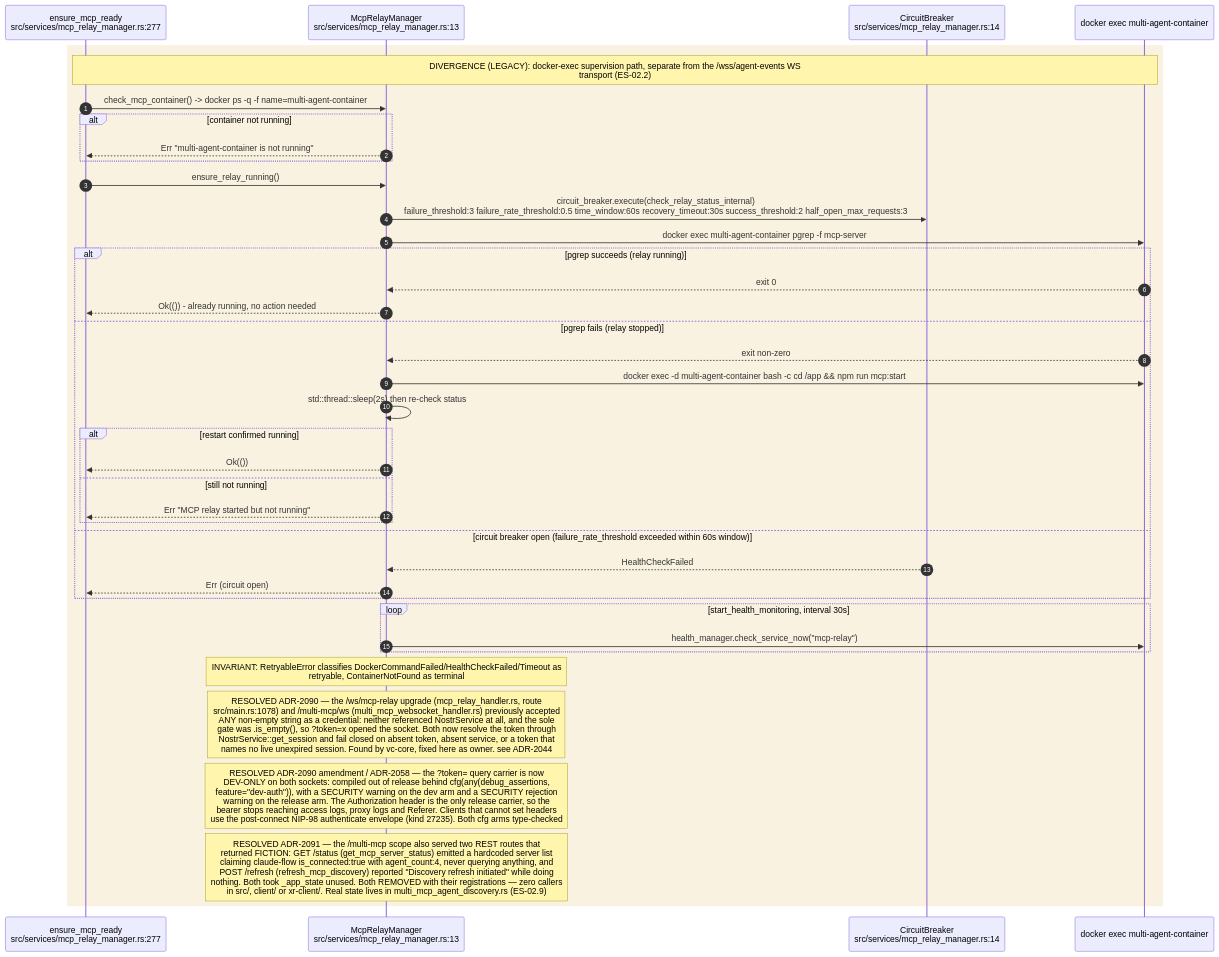
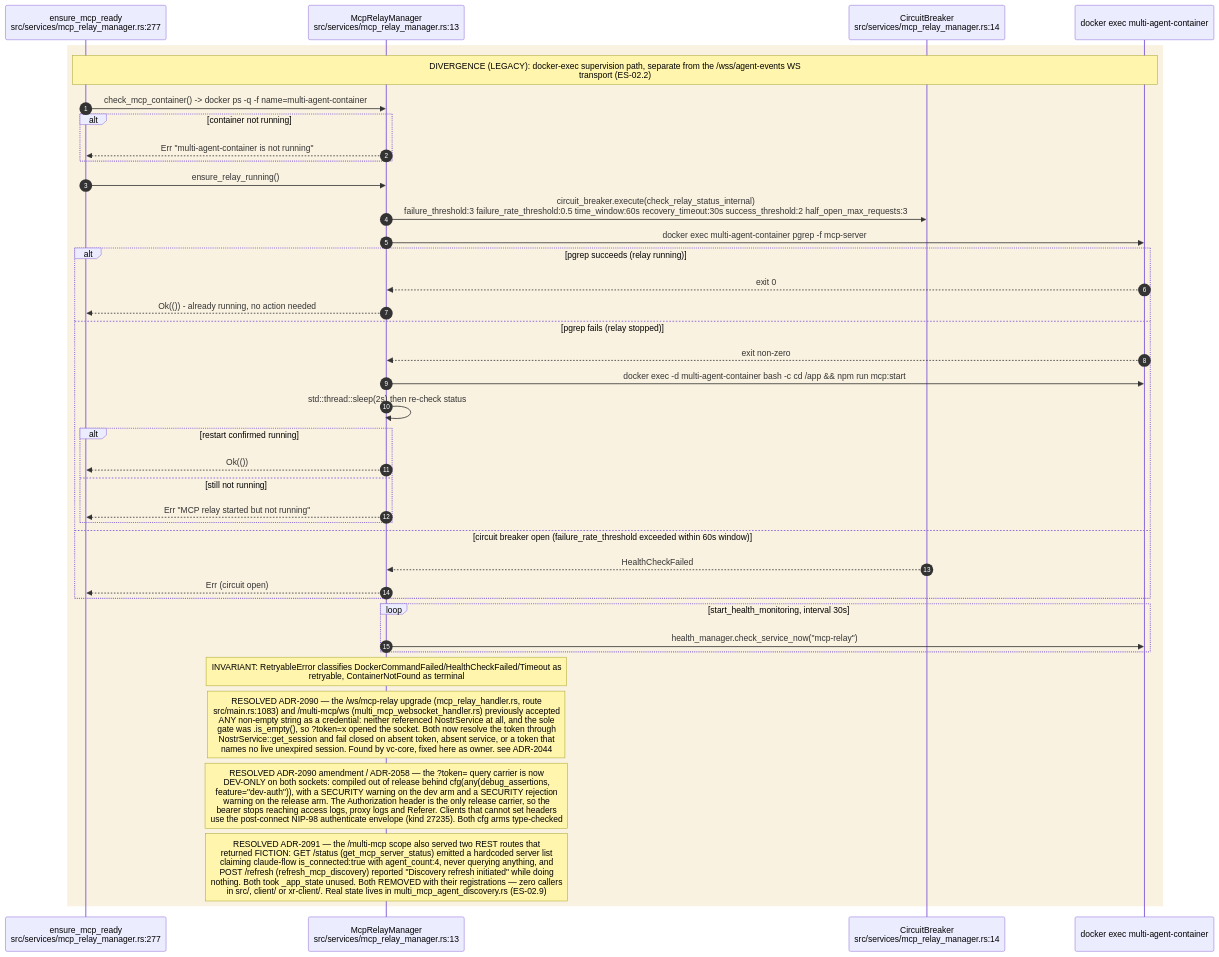
The seventh of 12 diagrams in docs/diagrams/estate/02-agent-events-agentbox-to-visionclaw.md (DreamLab-AI/VisionFlow), drawn with Mermaid before and after one commit. The commit also changed other lines of this file and 136 other files, not shown here.

First line of the commit message:
docs(diagrams): refresh the whole corpus to code HEAD and prune low-value diagrams

````diff
--- a/docs/diagrams/estate/02-agent-events-agentbox-to-visionclaw.md
+++ b/docs/diagrams/estate/02-agent-events-agentbox-to-visionclaw.md
@@ -311,42 +311,42 @@
 ```mermaid
 sequenceDiagram
     autonumber
     participant CALL as ensure_mcp_ready<br/>src/services/mcp_relay_manager.rs:277
     participant MGR as McpRelayManager<br/>src/services/mcp_relay_manager.rs:13
     participant CB as CircuitBreaker<br/>src/services/mcp_relay_manager.rs:14
     participant DOCKER as docker exec multi-agent-container
 
     rect rgb(250,242,225)
     Note over CALL,DOCKER: DIVERGENCE (LEGACY): docker-exec supervision path, separate from the /wss/agent-events WS<br/>transport (ES-02.2)
     CALL->>MGR: check_mcp_container() -> docker ps -q -f name=multi-agent-container
     alt container not running
         MGR-->>CALL: Err "multi-agent-container is not running"
     end
     CALL->>MGR: ensure_relay_running()
     MGR->>CB: circuit_breaker.execute(check_relay_status_internal)<br/>failure_threshold:3 failure_rate_threshold:0.5 time_window:60s recovery_timeout:30s success_threshold:2 half_open_max_requests:3
     MGR->>DOCKER: docker exec multi-agent-container pgrep -f mcp-server
     alt pgrep succeeds (relay running)
         DOCKER-->>MGR: exit 0
         MGR-->>CALL: Ok(()) - already running, no action needed
     else pgrep fails (relay stopped)
         DOCKER-->>MGR: exit non-zero
         MGR->>DOCKER: docker exec -d multi-agent-container bash -c cd /app && npm run mcp:start
         MGR->>MGR: std::thread::sleep(2s) then re-check status
         alt restart confirmed running
             MGR-->>CALL: Ok(())
         else still not running
             MGR-->>CALL: Err "MCP relay started but not running"
         end
     else circuit breaker open (failure_rate_threshold exceeded within 60s window)
         CB-->>MGR: HealthCheckFailed
         MGR-->>CALL: Err (circuit open)
     end
     loop start_health_monitoring, interval 30s
         MGR->>DOCKER: health_manager.check_service_now("mcp-relay")
     end
     Note over MGR: INVARIANT: RetryableError classifies DockerCommandFailed/HealthCheckFailed/Timeout as<br/>retryable, ContainerNotFound as terminal
-    Note over MGR: RESOLVED ADR-2090 — the /ws/mcp-relay upgrade (mcp_relay_handler.rs, route<br/>src/main.rs:1078) and /multi-mcp/ws (multi_mcp_websocket_handler.rs) previously accepted<br/>ANY non-empty string as a credential: neither referenced NostrService at all, and the sole<br/>gate was .is_empty(), so ?token=x opened the socket. Both now resolve the token through<br/>NostrService::get_session and fail closed on absent token, absent service, or a token that<br/>names no live unexpired session. Found by vc-core, fixed here as owner. see ADR-2044
+    Note over MGR: RESOLVED ADR-2090 — the /ws/mcp-relay upgrade (mcp_relay_handler.rs, route<br/>src/main.rs:1083) and /multi-mcp/ws (multi_mcp_websocket_handler.rs) previously accepted<br/>ANY non-empty string as a credential: neither referenced NostrService at all, and the sole<br/>gate was .is_empty(), so ?token=x opened the socket. Both now resolve the token through<br/>NostrService::get_session and fail closed on absent token, absent service, or a token that<br/>names no live unexpired session. Found by vc-core, fixed here as owner. see ADR-2044
     Note over MGR: RESOLVED ADR-2090 amendment / ADR-2058 — the ?token= query carrier is now<br/>DEV-ONLY on both sockets: compiled out of release behind cfg(any(debug_assertions,<br/>feature="dev-auth")), with a SECURITY warning on the dev arm and a SECURITY rejection<br/>warning on the release arm. The Authorization header is the only release carrier, so the<br/>bearer stops reaching access logs, proxy logs and Referer. Clients that cannot set headers<br/>use the post-connect NIP-98 authenticate envelope (kind 27235). Both cfg arms type-checked
     Note over MGR: RESOLVED ADR-2091 — the /multi-mcp scope also served two REST routes that<br/>returned FICTION: GET /status (get_mcp_server_status) emitted a hardcoded server list<br/>claiming claude-flow is_connected:true with agent_count:4, never querying anything, and<br/>POST /refresh (refresh_mcp_discovery) reported "Discovery refresh initiated" while doing<br/>nothing. Both took _app_state unused. Both REMOVED with their registrations — zero callers<br/>in src/, client/ or xr-client/. Real state lives in multi_mcp_agent_discovery.rs (ES-02.9)
     end
 ```
````
